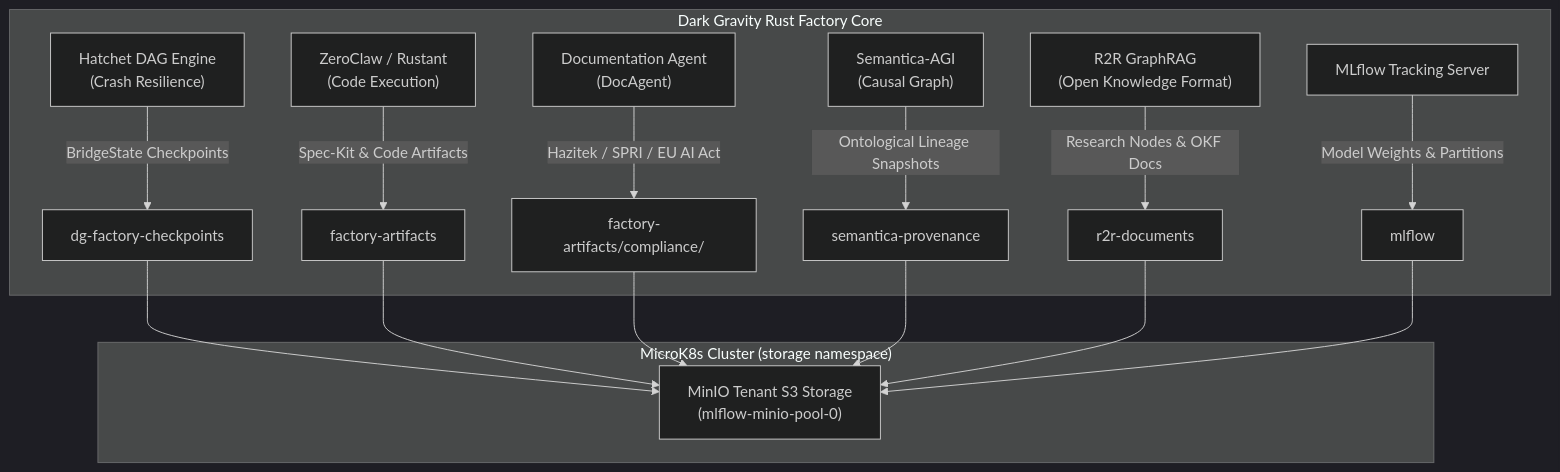
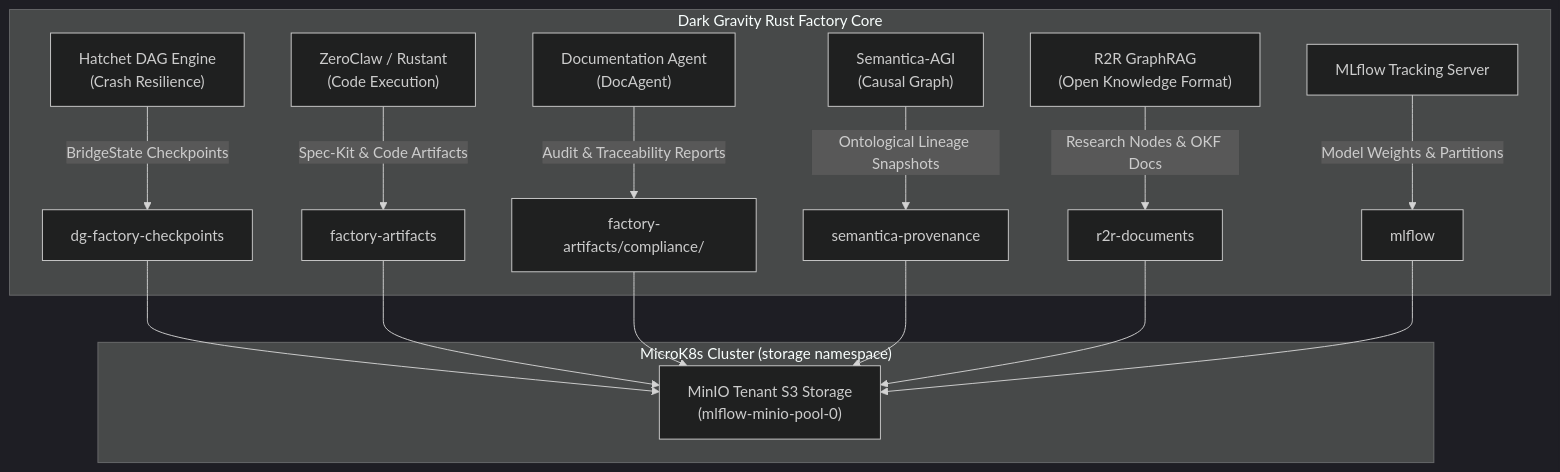
The first of 2 diagrams in README.md (lgcorzo/minio), drawn with Mermaid (dark theme) before and after one commit. The commit also changed other lines of this file, not shown here.

Commit message:
[agent] docs: scope security/compliance claims and document [agent] tagging

````diff
--- a/README.md
+++ b/README.md
@@ -28,22 +28,22 @@
 ```mermaid
 graph TD
     subgraph "MicroK8s Cluster (storage namespace)"
         MINIO["MinIO Tenant S3 Storage<br/>(mlflow-minio-pool-0)"]
     end
 
     subgraph "Dark Gravity Rust Factory Core"
         HATCHET["Hatchet DAG Engine<br/>(Crash Resilience)"] -->|BridgeState Checkpoints| B_CHECK["dg-factory-checkpoints"]
         ZERO_CLAW["ZeroClaw / Rustant<br/>(Code Execution)"] -->|Spec-Kit & Code Artifacts| B_ART["factory-artifacts"]
-        DOC_AGENT["Documentation Agent<br/>(DocAgent)"] -->|Hazitek / SPRI / EU AI Act| B_COMP["factory-artifacts/compliance/"]
+        DOC_AGENT["Documentation Agent<br/>(DocAgent)"] -->|Audit & Traceability Reports| B_COMP["factory-artifacts/compliance/"]
         SEMANTICA["Semantica-AGI<br/>(Causal Graph)"] -->|Ontological Lineage Snapshots| B_SEM["semantica-provenance"]
         R2R["R2R GraphRAG<br/>(Open Knowledge Format)"] -->|Research Nodes & OKF Docs| B_R2R["r2r-documents"]
         MLFLOW["MLflow Tracking Server"] -->|Model Weights & Partitions| B_MLF["mlflow"]
     end
 
     B_CHECK --> MINIO
     B_ART --> MINIO
     B_COMP --> MINIO
     B_SEM --> MINIO
     B_R2R --> MINIO
     B_MLF --> MINIO
 ```
````
